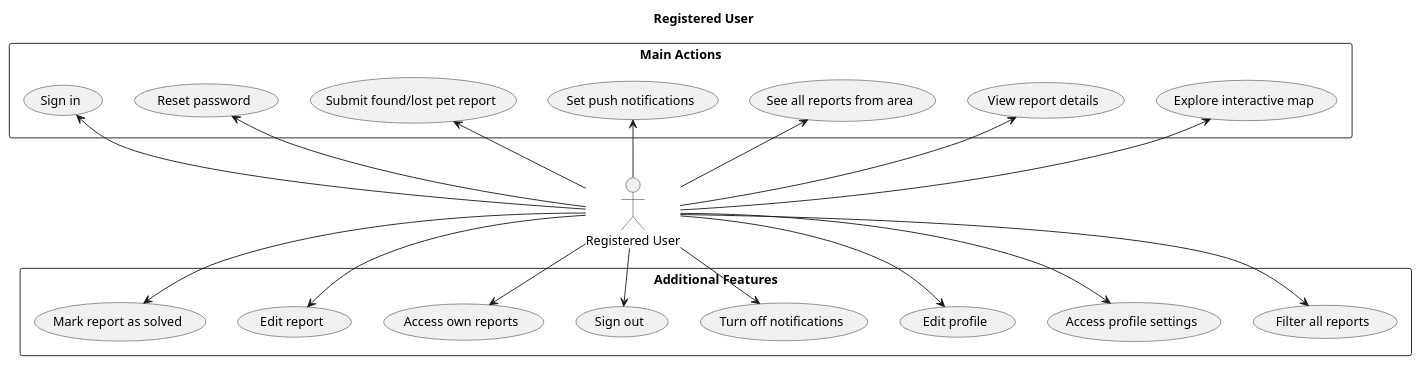
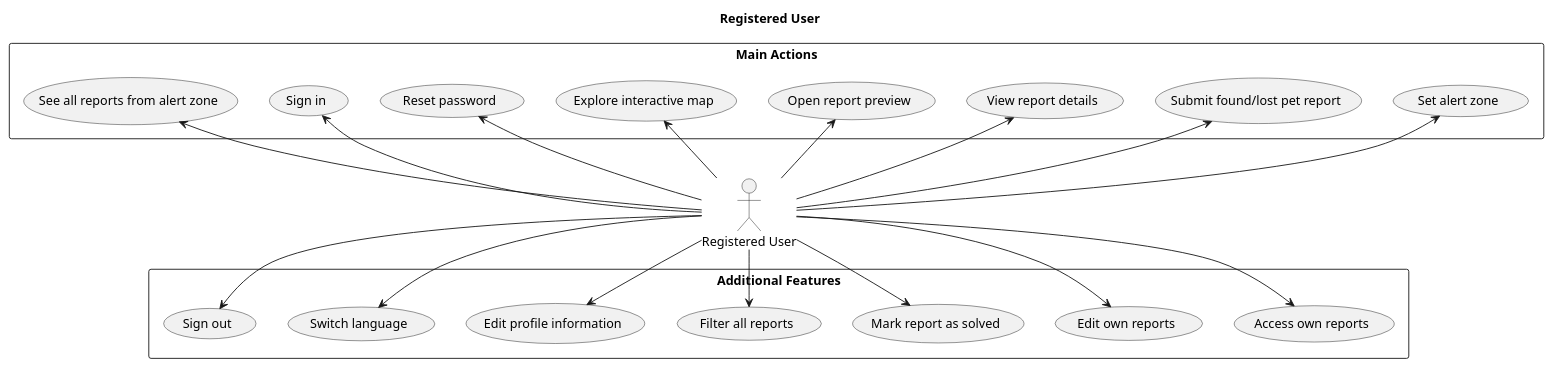
Before and after one commit to gabrielatruta/pawdetect: the diagram in diagrams/authenticated_diagram.puml, drawn with PlantUML. The commit also changed 728 other files, not shown here.

```diff
--- a/diagrams/authenticated_diagram.puml
+++ b/diagrams/authenticated_diagram.puml
@@ -1,45 +1,45 @@
 @startuml
 title Registered User
 top to bottom direction
 
 actor "Registered User" as RU
 
 rectangle "Main Actions" {
   usecase "Sign in" as UC1
   usecase "Reset password" as UC2
-  usecase "Submit found/lost pet report" as UC3
-  usecase "Set push notifications" as UC4
-  usecase "See all reports from area" as UC5
-  usecase "View report details" as UC6
-  usecase "Explore interactive map" as UC7
+  usecase "Explore interactive map" as UC3
+  usecase "Open report preview" as UC4
+  usecase "View report details" as UC5
+  usecase "Submit found/lost pet report" as UC6
+  usecase "Set alert zone" as UC7
+  usecase "See all reports from alert zone" as UC8
 }
 
 rectangle "Additional Features" {
-  usecase "Filter all reports" as UC8
-  usecase "Access profile settings" as UC9
-  usecase "Edit profile" as UC10
-  usecase "Turn off notifications" as UC11
-  usecase "Sign out" as UC12
-  usecase "Access own reports" as UC13
-  usecase "Edit report" as UC14
-  usecase "Mark report as solved" as UC15
+  usecase "Access own reports" as UC9
+  usecase "Edit own reports" as UC10
+  usecase "Mark report as solved" as UC11
+  usecase "Filter all reports" as UC12
+  usecase "Edit profile information" as UC13
+  usecase "Switch language" as UC14
+  usecase "Sign out" as UC15
 }
 
 ' --- Connections ---
 RU -up-> UC1
 RU -up-> UC2
 RU -up-> UC3
 RU -up-> UC4
 RU -up-> UC5
 RU -up-> UC6
 RU -up-> UC7 
 
 RU -down-> UC8
 RU -down-> UC9
 RU -down-> UC10
 RU -down-> UC11
 RU -down-> UC12
 RU -down-> UC13
 RU -down-> UC14
 RU -down-> UC15
 @enduml
```
